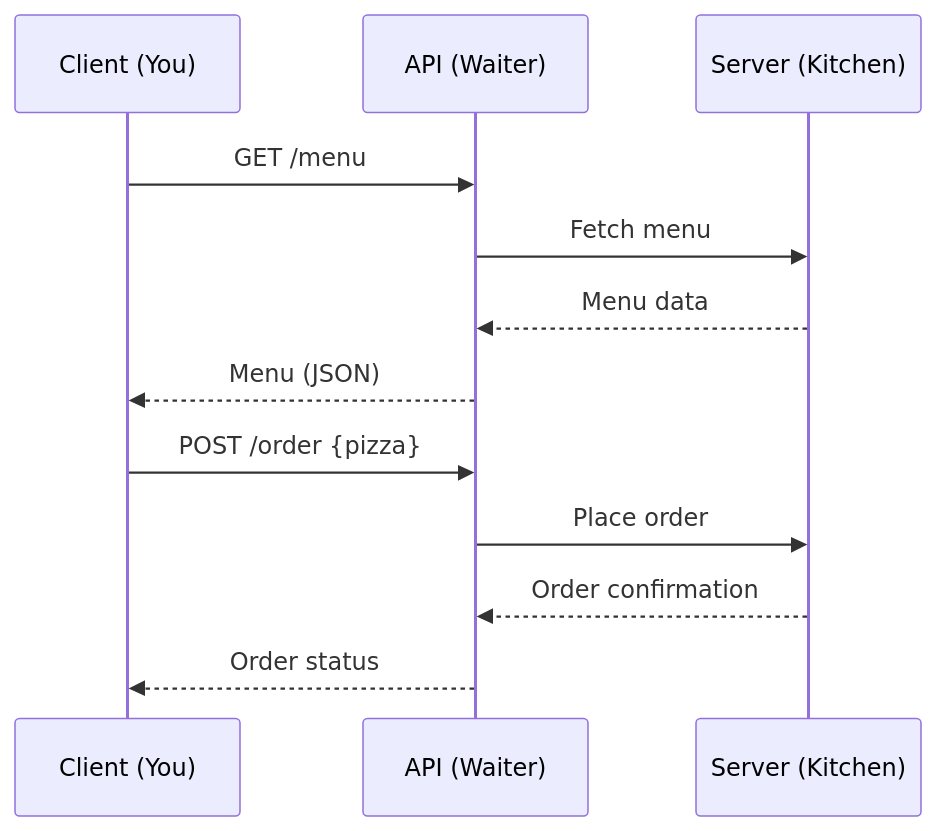
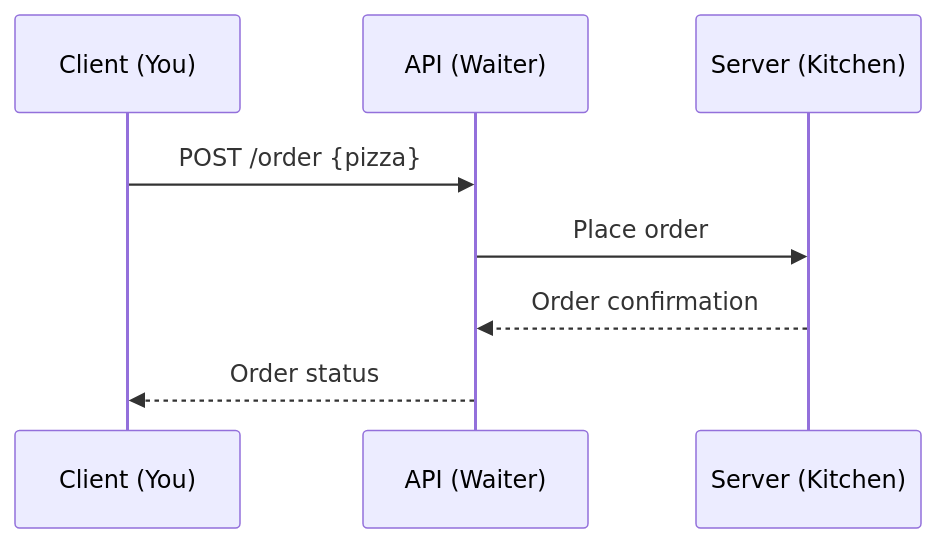
The second of 3 diagrams in docs/part-apis/01-api-fundamentals-rest-http-and-the-web.md (sazardev/networking-with-go), drawn with Mermaid before and after one commit. The commit also changed other lines of this file, not shown here.

Commit message:
Enhance API Fundamentals documentation with additional analogies, key concepts, and real-world examples. Expand HTTP section to include detailed explanations of methods, components, status codes, and versions, along with visual aids for better understanding.

````diff
--- a/docs/part-apis/01-api-fundamentals-rest-http-and-the-web.md
+++ b/docs/part-apis/01-api-fundamentals-rest-http-and-the-web.md
@@ -78,14 +146,10 @@
 ```mermaid
 sequenceDiagram
     participant Client as Client (You)
     participant API as API (Waiter)
     participant Server as Server (Kitchen)
-    Client->>API: GET /menu
-    API->>Server: Fetch menu
-    Server-->>API: Menu data
-    API-->>Client: Menu (JSON)
     Client->>API: POST /order {pizza}
     API->>Server: Place order
     Server-->>API: Order confirmation
     API-->>Client: Order status
 ```
````
